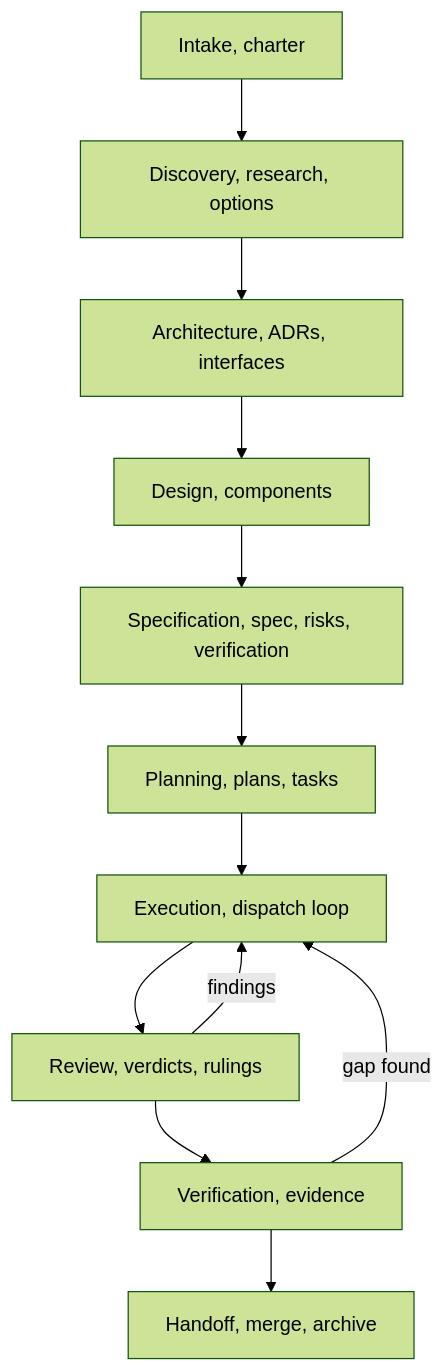
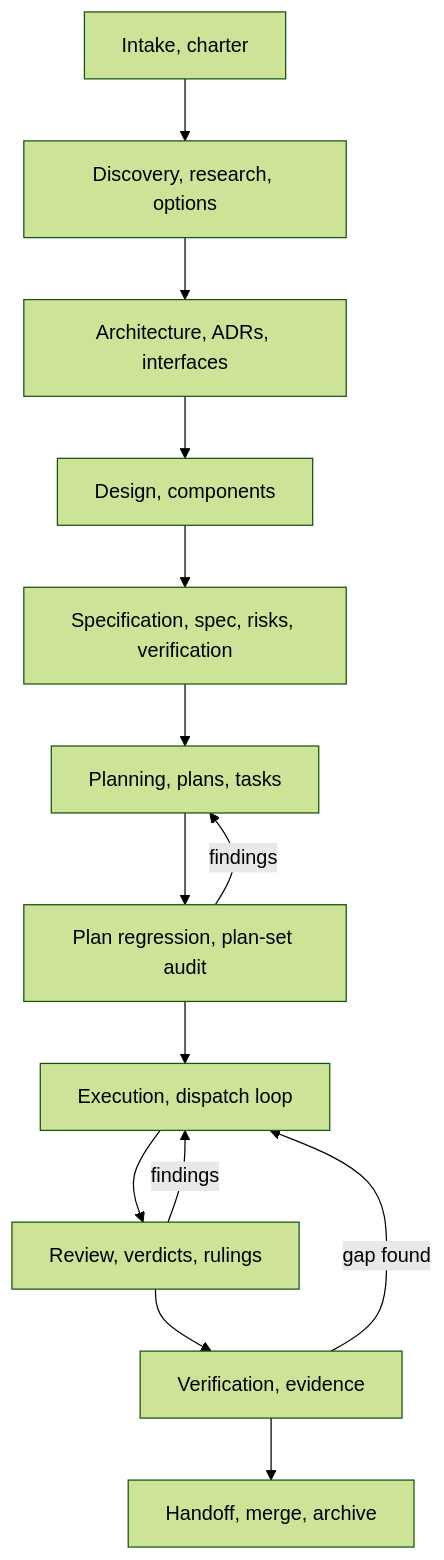
One commit to Atri10/executor changed the second of 2 diagrams in skills/executor/SKILL.md. Above: the diagram before and after it, drawn with Mermaid (forest theme). The commit also changed other lines of this file and 23 other files, not shown here.

First line of the commit message:
feat(executor): plan-set regression gate, brainstorm skill, ask contract

````diff
--- a/skills/executor/SKILL.md
+++ b/skills/executor/SKILL.md
@@ -309,14 +313,16 @@
 ```mermaid
 flowchart TB
     I["Intake, charter"] --> DI["Discovery, research, options"]
     DI --> AR["Architecture, ADRs, interfaces"]
     AR --> DE["Design, components"]
     DE --> SP["Specification, spec, risks, verification"]
     SP --> PL["Planning, plans, tasks"]
-    PL --> EX["Execution, dispatch loop"]
+    PL --> RG["Plan regression, plan-set audit"]
+    RG --> EX["Execution, dispatch loop"]
+    RG -->|"findings"| PL
     EX --> RV["Review, verdicts, rulings"]
     RV --> VF["Verification, evidence"]
     VF --> HO["Handoff, merge, archive"]
     RV -->|"findings"| EX
     VF -->|"gap found"| EX
 ```
````
